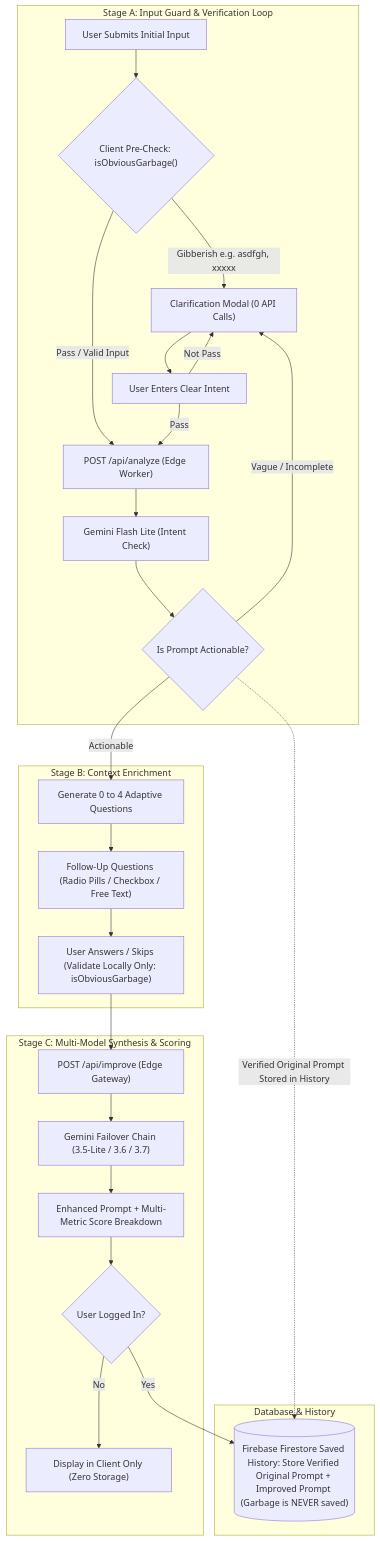
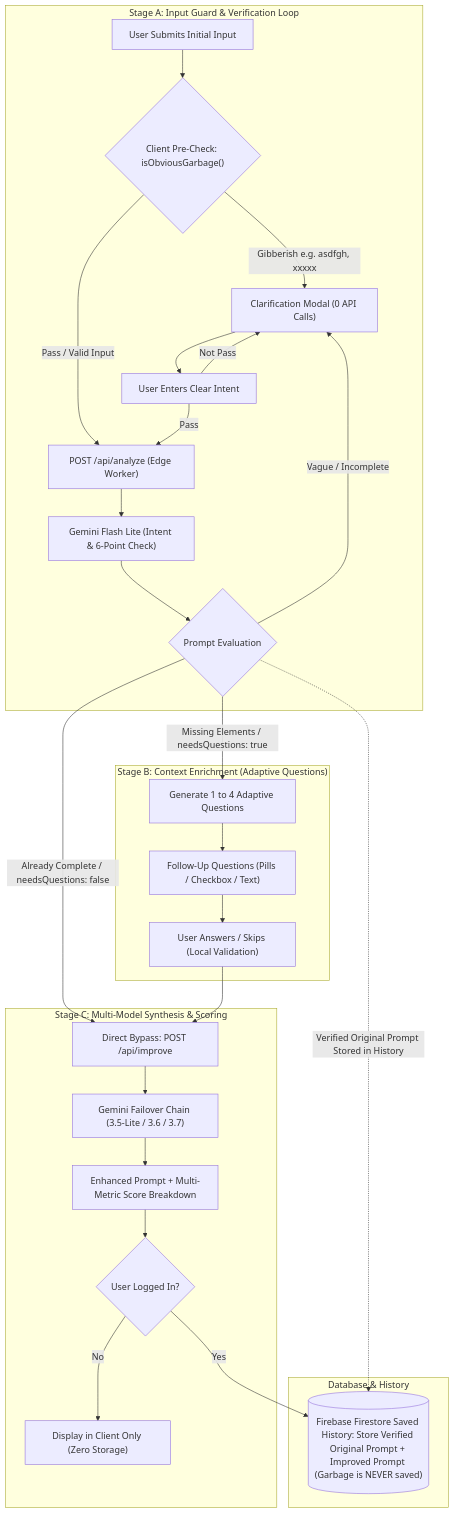
Before and after one commit to Naseem2917/PromptWise: the diagram in README.md, drawn with Mermaid. The commit also changed other lines of this file and 7 other files, not shown here.

````diff
--- a/README.md
+++ b/README.md
@@ -176,37 +182,38 @@
 ```mermaid
 graph TD
     subgraph StageA["Stage A: Input Guard & Verification Loop"]
         A["User Submits Initial Input"] --> B{"Client Pre-Check: isObviousGarbage()"}
         
         B -->|Gibberish e.g. asdfgh, xxxxx| C["Clarification Modal (0 API Calls)"]
         B -->|Pass / Valid Input| E["POST /api/analyze (Edge Worker)"]
         
         C --> D["User Enters Clear Intent"]
         D -->|Not Pass| C
         D -->|Pass| E
         
-        E --> F["Gemini Flash Lite (Intent Check)"]
-        F --> G{"Is Prompt Actionable?"}
+        E --> F["Gemini Flash Lite (Intent & 6-Point Check)"]
+        F --> G{"Prompt Evaluation"}
         
         G -->|Vague / Incomplete| C
     end
 
-    subgraph StageB["Stage B: Context Enrichment"]
-        G -->|Actionable| H["Generate 0 to 4 Adaptive Questions"]
-        H --> I["Follow-Up Questions (Radio Pills / Checkbox / Free Text)"]
-        I --> J["User Answers / Skips (Validate Locally Only: isObviousGarbage)"]
+    subgraph StageB["Stage B: Context Enrichment (Adaptive Questions)"]
+        G -->|Missing Elements / needsQuestions: true| H["Generate 1 to 4 Adaptive Questions"]
+        H --> I["Follow-Up Questions (Pills / Checkbox / Text)"]
+        I --> J["User Answers / Skips (Local Validation)"]
     end
 
     subgraph StageC["Stage C: Multi-Model Synthesis & Scoring"]
-        J --> K["POST /api/improve (Edge Gateway)"]
+        G -->|Already Complete / needsQuestions: false| K["Direct Bypass: POST /api/improve"]
+        J --> K
         K --> L["Gemini Failover Chain (3.5-Lite / 3.6 / 3.7)"]
         L --> M["Enhanced Prompt + Multi-Metric Score Breakdown"]
         M --> N{"User Logged In?"}
         N -->|No| O["Display in Client Only (Zero Storage)"]
     end
 
     subgraph Storage["Database & History"]
         G -.->|Verified Original Prompt Stored in History| P[("Firebase Firestore Saved History: Store Verified Original Prompt + Improved Prompt (Garbage is NEVER saved)")]
         N -->|Yes| P
     end
 ```
````
